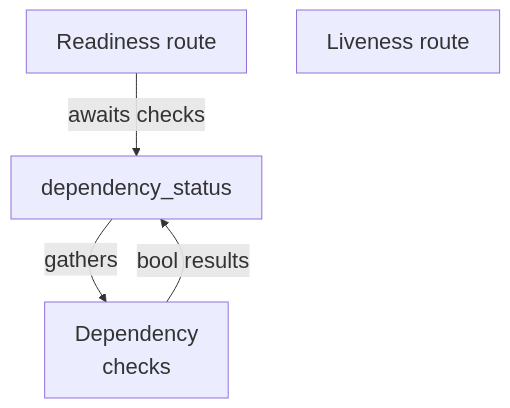
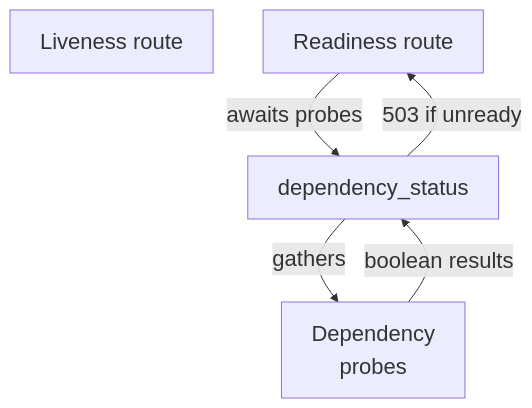
The second of 5 diagrams in maps/foundation/README.md (Justin-Mendoza/Afterclass), drawn with Mermaid before and after one commit. The commit also changed other lines of this file and 83 other files, not shown here.

````diff
--- a/maps/foundation/README.md
+++ b/maps/foundation/README.md
@@ -66,11 +65,12 @@
 ```mermaid
 %%{init: {"themeVariables": {"fontSize": "22px"}}}%%
 flowchart TD
-  n0["Readiness route"]
-  n1["Liveness route"]
-  n2["Dependency<br/>checks"]
-  n3["dependency_status"]
-  n0 -->|"awaits checks"| n3
-  n3 -->|"gathers"| n2
-  n2 -->|"bool results"| n3
+  n0["Liveness route"]
+  n1["Readiness route"]
+  n2["dependency_status"]
+  n3["Dependency<br/>probes"]
+  n1 -->|"awaits probes"| n2
+  n2 -->|"gathers"| n3
+  n3 -->|"boolean results"| n2
+  n2 -->|"503 if unready"| n1
 ```
````
